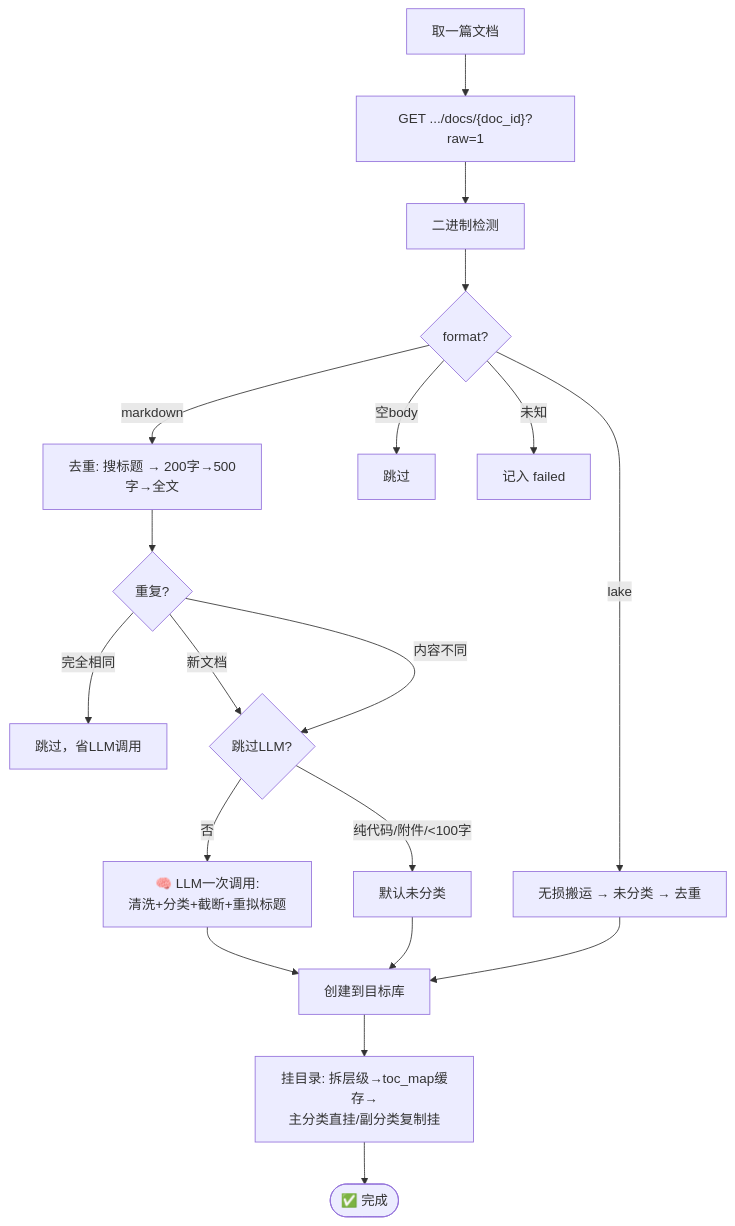
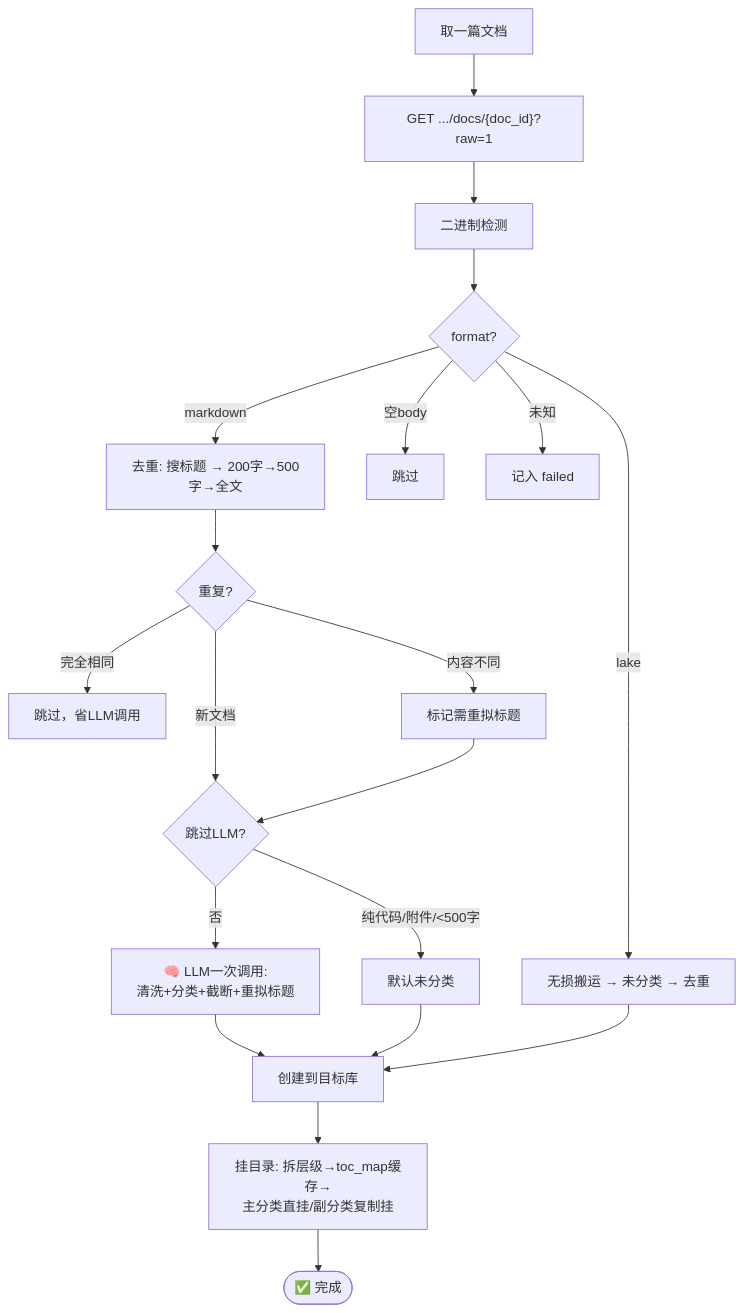
The second of 4 diagrams in README.md (yehuoshun/yuque-migration-skill), drawn with Mermaid before and after one commit. The commit also changed other lines of this file and 2 other files, not shown here.

````diff
--- a/README.md
+++ b/README.md
@@ -217,21 +219,22 @@
 ```mermaid
 flowchart TD
     S["取一篇文档"] --> A["GET .../docs/{doc_id}?raw=1"]
     A --> A1["二进制检测"]
     A1 --> B{"format?"}
     B -->|markdown| M["去重: 搜标题 → 200字→500字→全文"]
     B -->|lake| L["无损搬运 → 未分类 → 去重"]
     B -->|空body| SK["跳过"]
     B -->|未知| F["记入 failed"]
     M --> M1{"重复?"}
     M1 -->|完全相同| SKIP["跳过，省LLM调用"]
     M1 -->|新文档| M2{"跳过LLM?"}
-    M1 -->|内容不同| M2
-    M2 -->|纯代码/附件/<100字| MC["默认未分类"]
+    M1 -->|内容不同| RN["标记需重拟标题"]
+    RN --> M2
+    M2 -->|纯代码/附件/<500字| MC["默认未分类"]
     M2 -->|否| M3["🧠 LLM一次调用:\n清洗+分类+截断+重拟标题"]
     M3 --> CR
     MC --> CR["创建到目标库"]
     L --> CR
     CR --> TC["挂目录: 拆层级→toc_map缓存→\n主分类直挂/副分类复制挂"]
     TC --> DN(["✅ 完成"])
 ```
````
